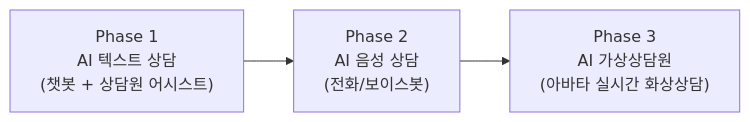
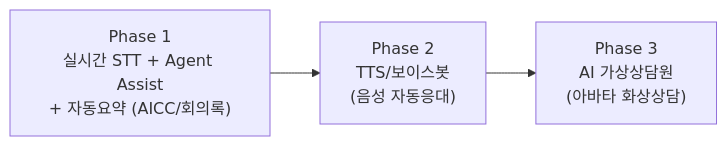
Before and after one commit to lnkbus/visionAI: the diagram in docs/01-product-plan.md, drawn with Mermaid. The commit also changed other lines of this file and 7 other files, not shown here.

````diff
--- a/docs/01-product-plan.md
+++ b/docs/01-product-plan.md
@@ -16,4 +14,4 @@
 ```mermaid
 graph LR
-    P1["Phase 1<br/>AI 텍스트 상담<br/>(챗봇 + 상담원 어시스트)"] --> P2["Phase 2<br/>AI 음성 상담<br/>(전화/보이스봇)"] --> P3["Phase 3<br/>AI 가상상담원<br/>(아바타 실시간 화상상담)"]
+    P1["Phase 1<br/>실시간 STT + Agent Assist<br/>+ 자동요약 (AICC/회의록)"] --> P2["Phase 2<br/>TTS/보이스봇<br/>(음성 자동응대)"] --> P3["Phase 3<br/>AI 가상상담원<br/>(아바타 화상상담)"]
 ```
````
